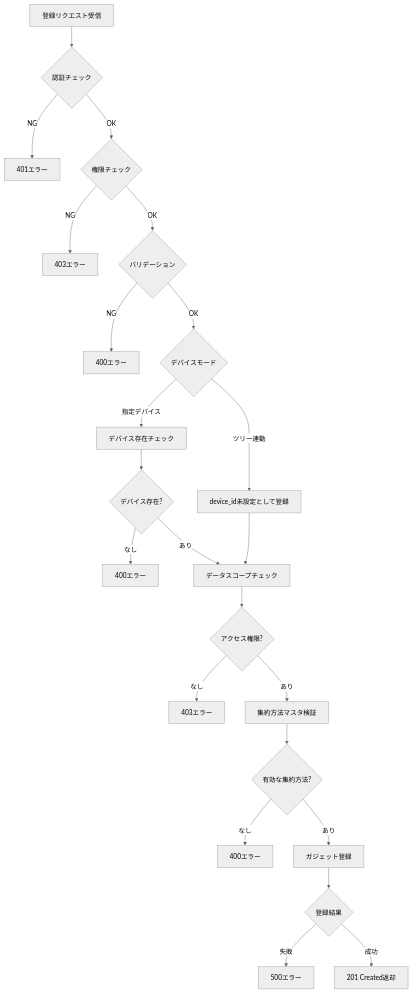
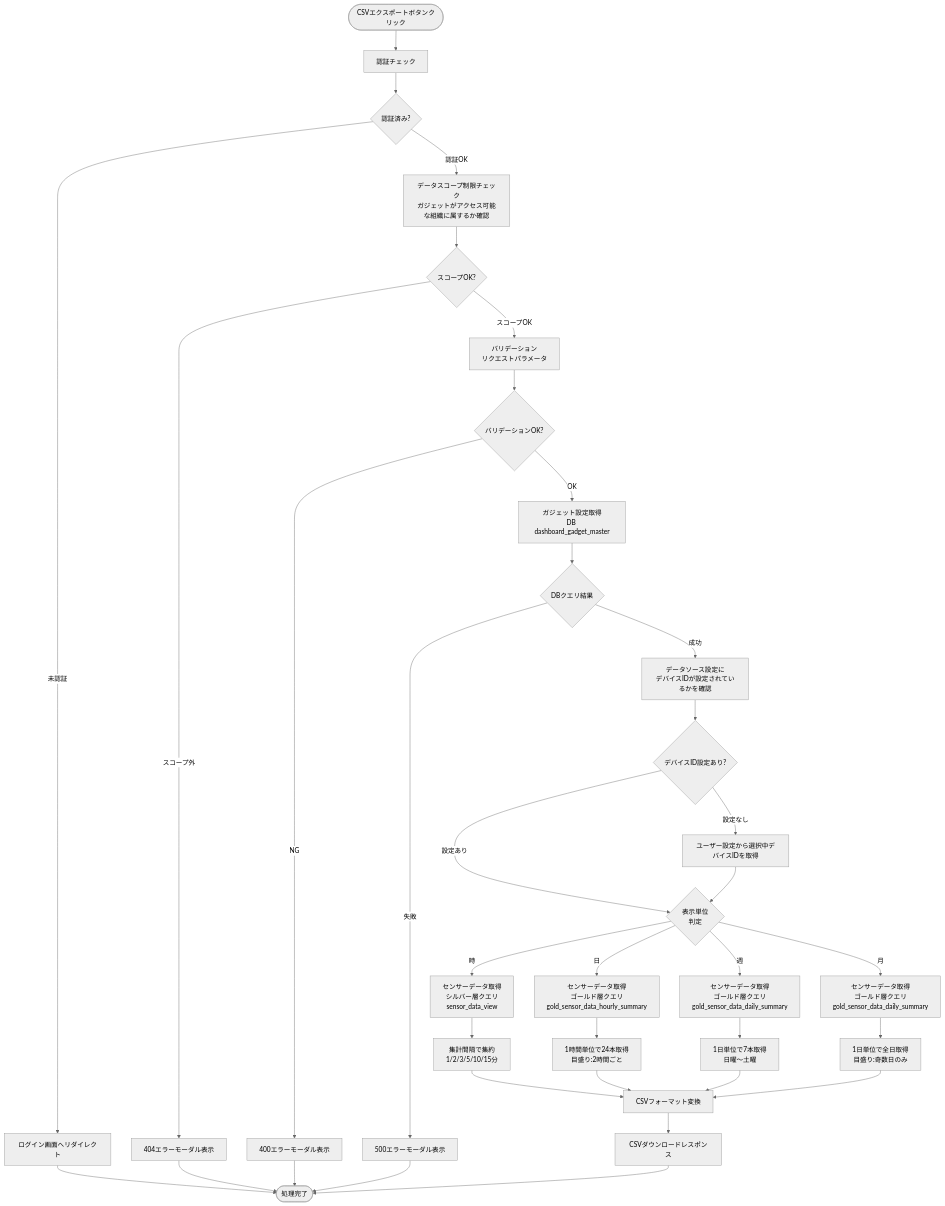
The fourth of 4 diagrams in docs/03-features/flask-app/customer-dashboard/belt-chart/workflow-specification.md (NSW-SVCP-AIWG002/Databricks-IoT), drawn with Mermaid (neutral theme) before and after one commit. The commit also changed other lines of this file and 2 other files, not shown here.

````diff
--- a/docs/03-features/flask-app/customer-dashboard/belt-chart/workflow-specification.md
+++ b/docs/03-features/flask-app/customer-dashboard/belt-chart/workflow-specification.md
@@ -1040,25 +1126,50 @@
 ```mermaid
 flowchart TD
-    A[登録リクエスト受信] --> B{認証チェック}
-    B -->|NG| C[401エラー]
-    B -->|OK| D{権限チェック}
-    D -->|NG| E[403エラー]
-    D -->|OK| F{バリデーション}
-    F -->|NG| G[400エラー]
-    F -->|OK| H{デバイスモード}
-    H -->|指定デバイス| I[デバイス存在チェック]
-    H -->|ツリー連動| J[device_id未設定として登録]
-    I --> K{デバイス存在?}
-    K -->|なし| L[400エラー]
-    K -->|あり| M[データスコープチェック]
-    J --> M
-    M --> N{アクセス権限?}
-    N -->|なし| O[403エラー]
-    N -->|あり| P[集約方法マスタ検証]
-    P --> Q{有効な集約方法?}
-    Q -->|なし| R[400エラー]
-    Q -->|あり| S[ガジェット登録]
-    S --> T{登録結果}
-    T -->|失敗| U[500エラー]
-    T -->|成功| V[201 Created返却]
+    Start([CSVエクスポートボタンクリック]) --> Auth[認証チェック]
+    Auth --> CheckAuth{認証済み?}
+    CheckAuth -->|未認証| LoginRedirect[ログイン画面へリダイレクト]
+    CheckAuth -->|認証OK| Scope[データスコープ制限チェック<br>ガジェットがアクセス可能な組織に属するか確認]
+
+    Scope --> CheckScope{スコープOK?}
+    CheckScope -->|スコープ外| Error404[404エラーモーダル表示]
+    CheckScope -->|スコープOK| Validate[バリデーション<br>リクエストパラメータ]
+
+    Validate --> CheckValidate{バリデーションOK?}
+    CheckValidate -->|NG| Error400[400エラーモーダル表示]
+    CheckValidate -->|OK| GetConfig[ガジェット設定取得<br>DB dashboard_gadget_master]
+
+    GetConfig --> CheckGetConfig{DBクエリ結果}
+    CheckGetConfig -->|失敗| Error500[500エラーモーダル表示]
+    CheckGetConfig -->|成功| CheckDeviceId[データソース設定に<br>デバイスIDが設定されているかを確認]
+
+    CheckDeviceId --> ExistDeviceId{デバイスID設定あり?}
+    ExistDeviceId -->|設定なし| GetUserSetting[ユーザー設定から選択中デバイスIDを取得]
+    ExistDeviceId -->|設定あり| UnitCheck{表示単位<br>判定}
+
+    GetUserSetting --> UnitCheck
+
+    UnitCheck -->|時| QuerySilver[センサーデータ取得<br>シルバー層クエリ<br>sensor_data_view]
+    QuerySilver --> AggregateSilver[集計間隔で集約<br>1/2/3/5/10/15分]
+
+    UnitCheck -->|日| QueryGoldDay[センサーデータ取得<br>ゴールド層クエリ<br>gold_sensor_data_hourly_summary]
+    QueryGoldDay --> AggregateDay[1時間単位で24本取得<br>目盛り:2時間ごと]
+
+    UnitCheck -->|週| QueryGoldWeek[センサーデータ取得<br>ゴールド層クエリ<br>gold_sensor_data_daily_summary]
+    QueryGoldWeek --> AggregateWeek[1日単位で7本取得<br>日曜〜土曜]
+
+    UnitCheck -->|月| QueryGoldMonth[センサーデータ取得<br>ゴールド層クエリ<br>gold_sensor_data_daily_summary]
+    QueryGoldMonth --> AggregateMonth[1日単位で全日取得<br>目盛り:奇数日のみ]
+
+    AggregateSilver --> FormatCSV[CSVフォーマット変換]
+    AggregateDay --> FormatCSV
+    AggregateWeek --> FormatCSV
+    AggregateMonth --> FormatCSV
+
+    FormatCSV --> Response[CSVダウンロードレスポンス]
+
+    LoginRedirect --> End([処理完了])
+    Error404 --> End
+    Error400 --> End
+    Error500 --> End
+    Response --> End
 ```
````
